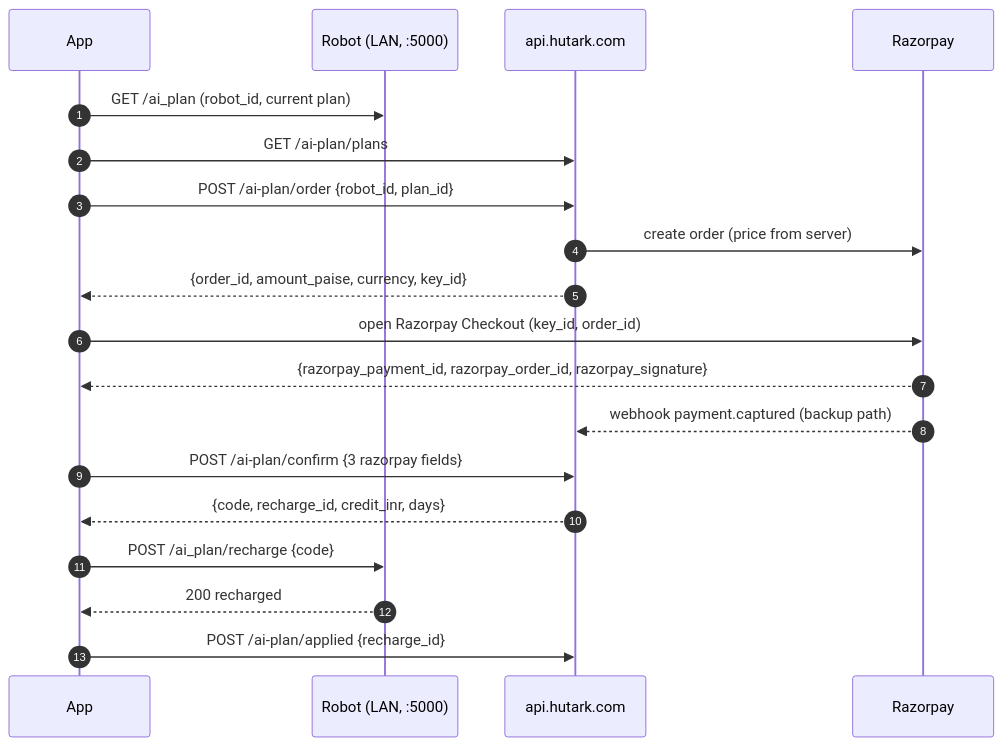
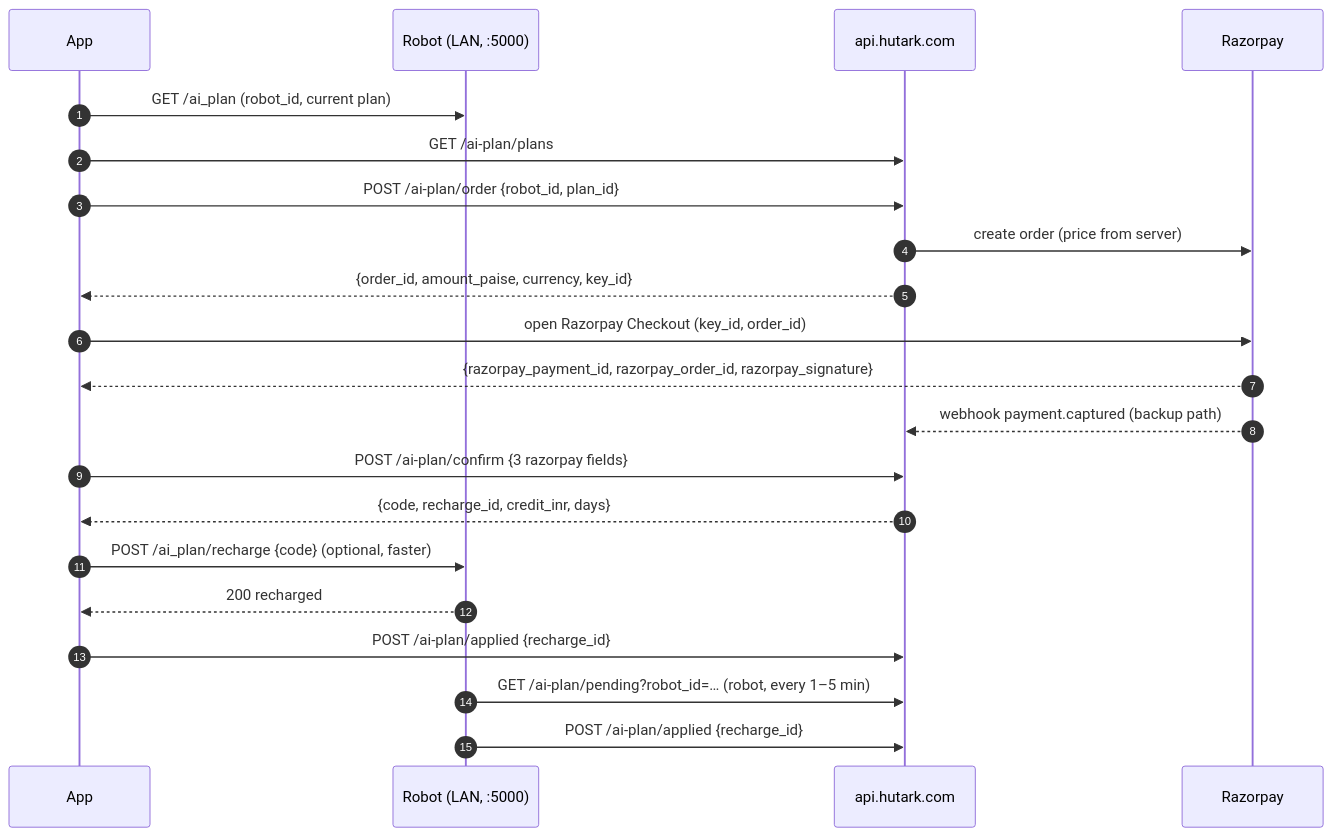
Before and after one commit to HUTARK/hutark_robot_payment: the diagram in README.md, drawn with Mermaid. The commit also changed other lines of this file and 6 other files, not shown here.

````diff
--- a/README.md
+++ b/README.md
@@ -32,22 +42,24 @@
 ```mermaid
 sequenceDiagram
     autonumber
     participant App
     participant Robot as Robot (LAN, :5000)
     participant API as api.hutark.com
     participant RZP as Razorpay
 
     App->>Robot: GET /ai_plan  (robot_id, current plan)
     App->>API: GET /ai-plan/plans
     App->>API: POST /ai-plan/order {robot_id, plan_id}
     API->>RZP: create order (price from server)
     API-->>App: {order_id, amount_paise, currency, key_id}
     App->>RZP: open Razorpay Checkout (key_id, order_id)
     RZP-->>App: {razorpay_payment_id, razorpay_order_id, razorpay_signature}
     RZP-->>API: webhook payment.captured (backup path)
     App->>API: POST /ai-plan/confirm {3 razorpay fields}
     API-->>App: {code, recharge_id, credit_inr, days}
-    App->>Robot: POST /ai_plan/recharge {code}
+    App->>Robot: POST /ai_plan/recharge {code}  (optional, faster)
     Robot-->>App: 200 recharged
     App->>API: POST /ai-plan/applied {recharge_id}
+    Robot->>API: GET /ai-plan/pending?robot_id=… (robot, every 1–5 min)
+    Robot->>API: POST /ai-plan/applied {recharge_id}
 ```
````
